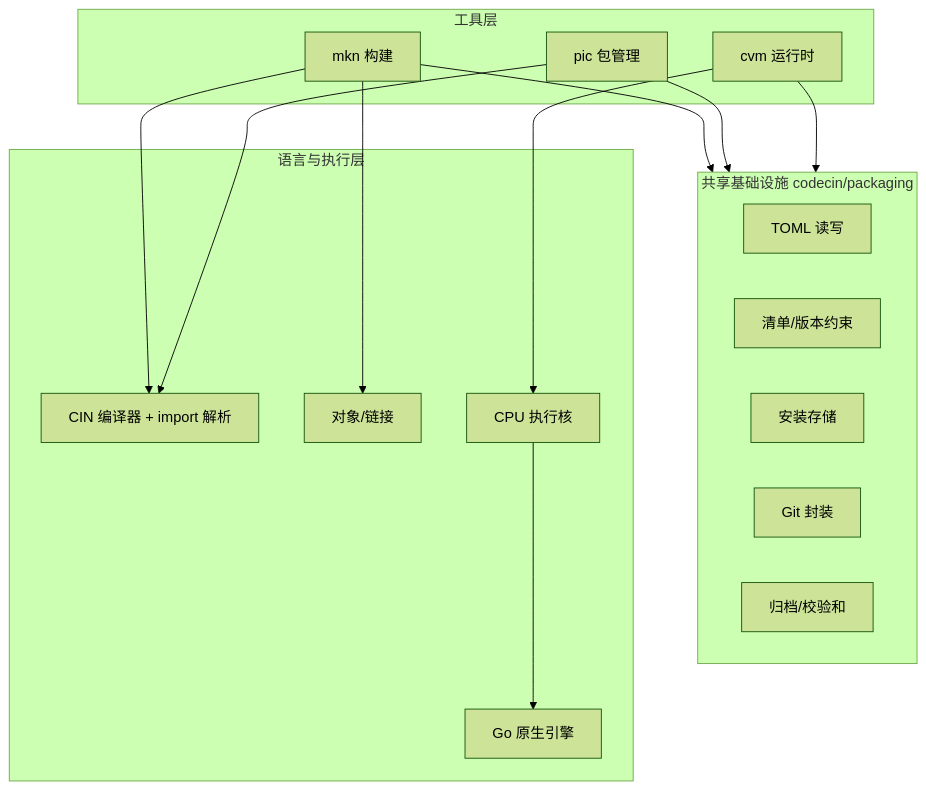
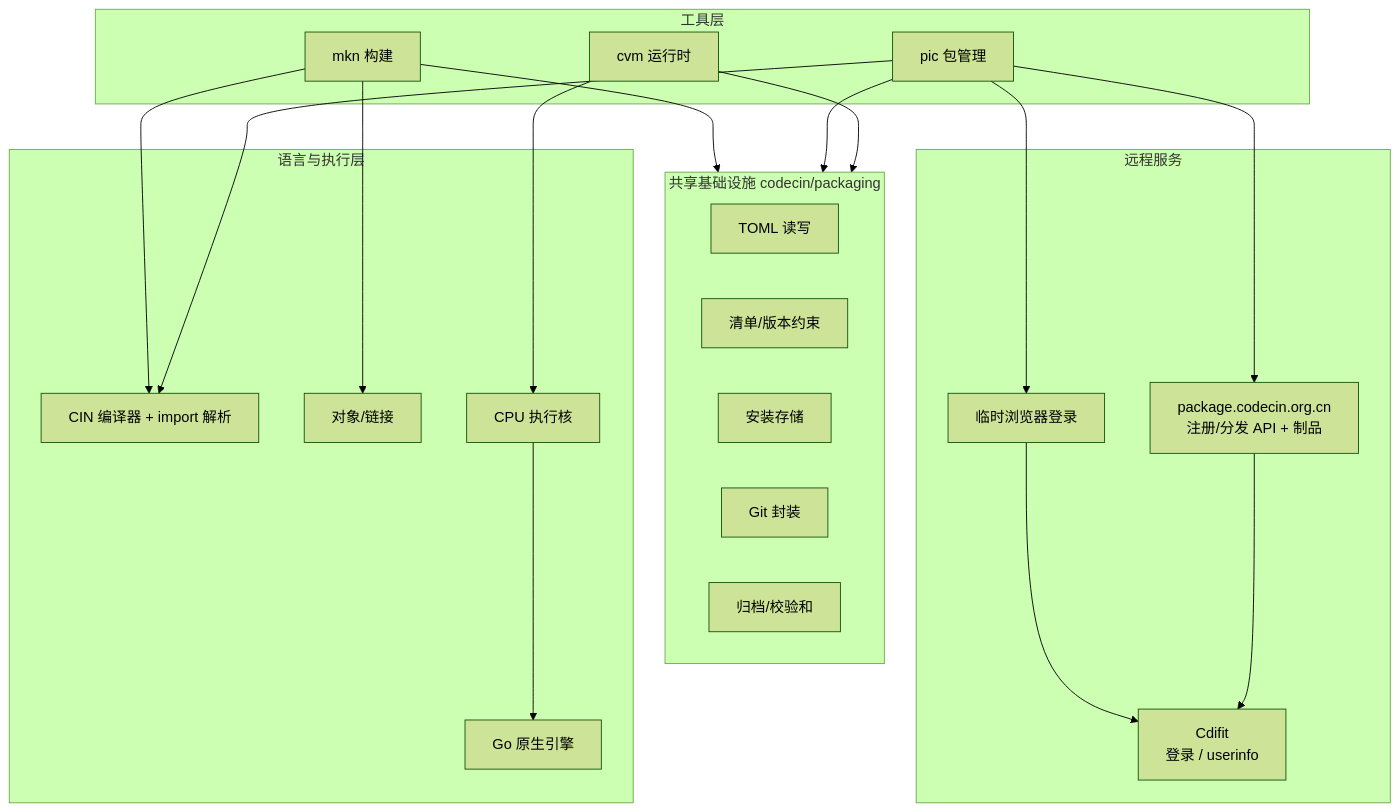
The diagram in V6.2.0-PLAN.md (ByUsiStudio/Code-CIN), drawn with Mermaid (forest theme) before and after one commit. The commit also changed other lines of this file and 19 other files, not shown here.

````diff
--- a/V6.2.0-PLAN.md
+++ b/V6.2.0-PLAN.md
@@ -201,32 +231,42 @@
 ```mermaid
 flowchart TB
     subgraph TOOLS[工具层]
         MKN[mkn 构建]
         PIC[pic 包管理]
         CVM[cvm 运行时]
     end
 
     subgraph SHARED[共享基础设施 codecin/packaging]
         TOML[TOML 读写]
         MODEL[清单/版本约束]
         STORE[安装存储]
         VCS[Git 封装]
         ZIP[归档/校验和]
     end
 
+    subgraph REMOTE[远程服务]
+        REG[package.codecin.org.cn<br/>注册/分发 API + 制品]
+        AUTH[Cdifit<br/>登录 / userinfo]
+        LOGIN[临时浏览器登录]
+    end
+
     subgraph CORE[语言与执行层]
         CIN[CIN 编译器 + import 解析]
         OBJ[对象/链接]
         CPU[CPU 执行核]
         NATIVE[Go 原生引擎]
     end
 
     MKN --> SHARED
     PIC --> SHARED
     CVM --> SHARED
+    PIC --> REG
+    PIC --> LOGIN
+    LOGIN --> AUTH
+    REG --> AUTH
     MKN --> CIN
     MKN --> OBJ
     PIC --> CIN
     CVM --> CPU
     CPU --> NATIVE
 ```
````
